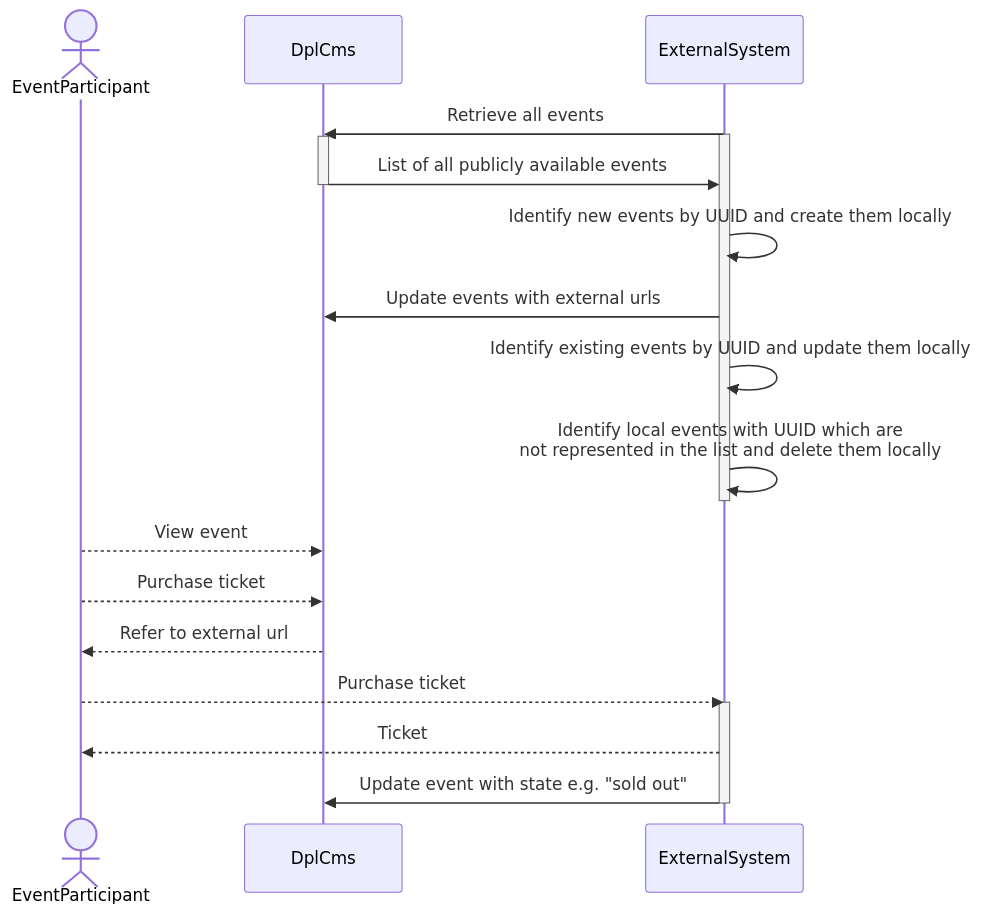
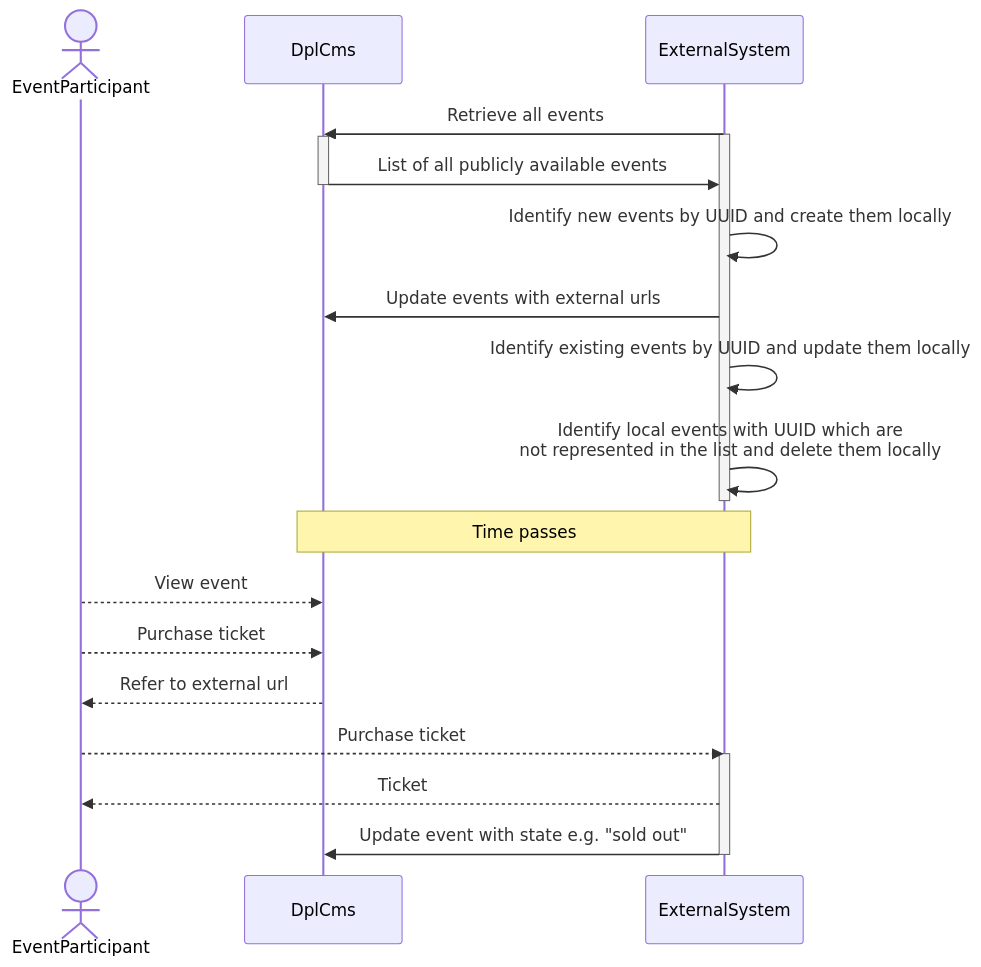
The diagram in cms/docs/event-integration.md (danskernesdigitalebibliotek/dpl-web), drawn with Mermaid before and after one commit.

Commit message:
Clearly mark event data and ticket data sync

````diff
--- a/cms/docs/event-integration.md
+++ b/cms/docs/event-integration.md
@@ -21,24 +21,25 @@
 ```mermaid
 sequenceDiagram
   Actor EventParticipant
   Participant DplCms
   Participant ExternalSystem
   ExternalSystem ->> DplCms: Retrieve all events
   activate ExternalSystem
   activate DplCms
   DplCms ->> ExternalSystem: List of all publicly available events
   deactivate DplCms
   ExternalSystem ->> ExternalSystem: Identify new events by UUID and create them locally
   ExternalSystem ->> DplCms: Update events with external urls
   ExternalSystem ->> ExternalSystem: Identify existing events by UUID and update them locally
   ExternalSystem ->> ExternalSystem: Identify local events with UUID which are<br/>not represented in the list and delete them locally
   deactivate ExternalSystem
+  Note over DplCms,ExternalSystem: Time passes
   EventParticipant -->> DplCms: View event
   EventParticipant -->> DplCms: Purchase ticket
   DplCms -->> EventParticipant: Refer to external url
   EventParticipant -->> ExternalSystem: Purchase ticket
   activate ExternalSystem
   ExternalSystem -->> EventParticipant: Ticket
   ExternalSystem ->> DplCms: Update event with state e.g. "sold out"
   deactivate ExternalSystem
 ```
````
